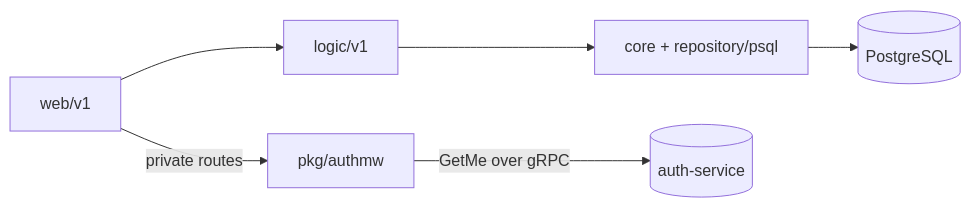
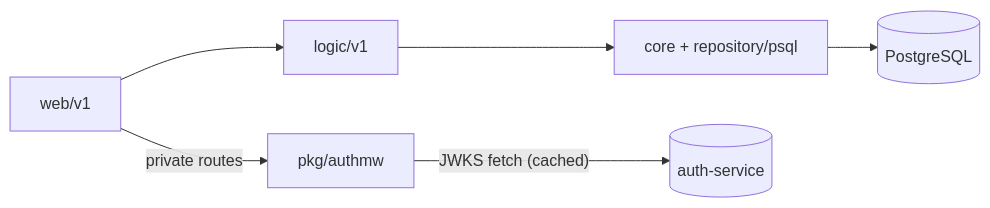
The diagram in AGENTS.md (duynhlab/user-service), drawn with Mermaid before and after one commit. The commit also changed other lines of this file and 6 other files, not shown here.

First line of the commit message:
Drop auth gRPC fallback; JWT-only middleware (#98)

````diff
--- a/AGENTS.md
+++ b/AGENTS.md
@@ -159,6 +163,6 @@
 ```mermaid
 flowchart LR
     Web[web/v1] --> Logic[logic/v1] --> Core[core + repository/psql] --> DB[(PostgreSQL)]
     Web -- "private routes" --> AuthMW[pkg/authmw]
-    AuthMW -- "GetMe over gRPC" --> Auth[(auth-service)]
+    AuthMW -- "JWKS fetch (cached)" --> Auth[(auth-service)]
 ```
````
